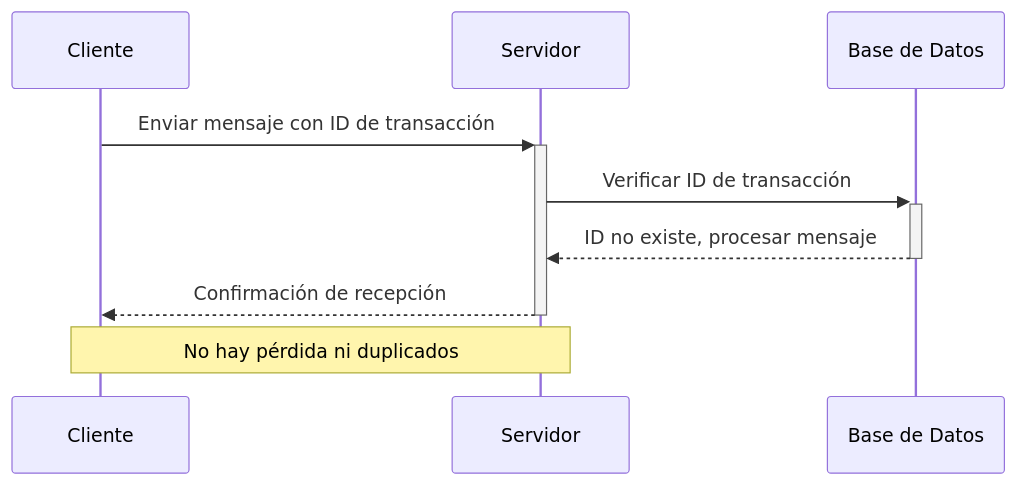
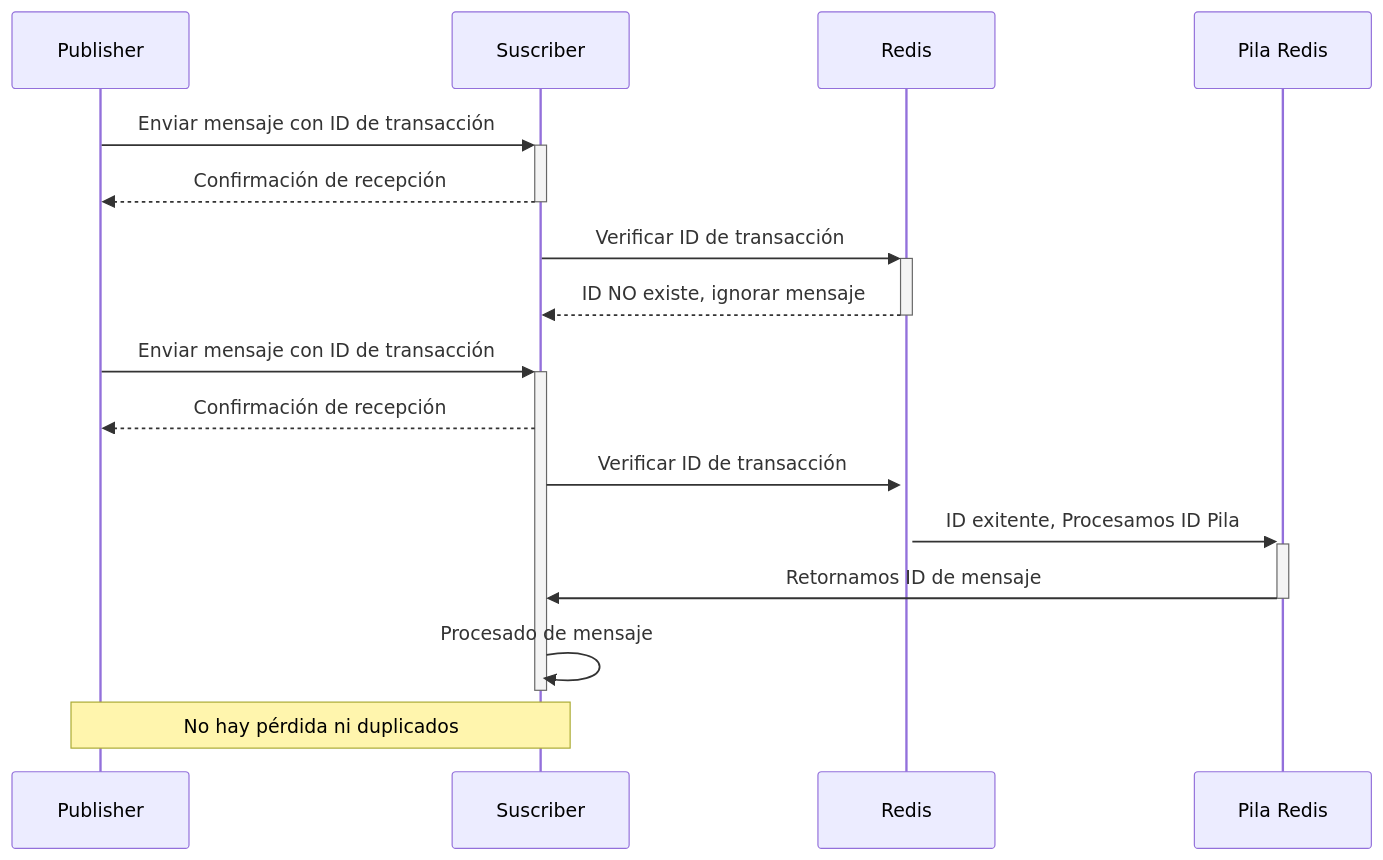
The diagram in Stack-Exchange-Redis/03-exactly-once-semantic/README.md (jmcasal/exemplo-documenum), drawn with Mermaid before and after one commit. The commit also changed other lines of this file and 29 other files, not shown here.

````diff
--- a/Stack-Exchange-Redis/03-exactly-once-semantic/README.md
+++ b/Stack-Exchange-Redis/03-exactly-once-semantic/README.md
@@ -9,10 +9,18 @@
 ```mermaid
 sequenceDiagram
-    participant Cliente
-    participant Servidor
-    Cliente->>+Servidor: Enviar mensaje con ID de transacción
-    Servidor->>+Base de Datos: Verificar ID de transacción
-    Base de Datos-->>-Servidor: ID no existe, procesar mensaje
-    Servidor-->>-Cliente: Confirmación de recepción
-    Note over Cliente, Servidor: No hay pérdida ni duplicados
+    participant Publisher
+    participant Suscriber
+    Publisher->>+Suscriber: Enviar mensaje con ID de transacción
+    Suscriber-->>-Publisher: Confirmación de recepción
+    Suscriber->>+Redis: Verificar ID de transacción
+    Redis-->>-Suscriber: ID NO existe, ignorar mensaje
+
+    Publisher->>+Suscriber: Enviar mensaje con ID de transacción
+    Suscriber-->>Publisher: Confirmación de recepción
+    Suscriber->>+Redis: Verificar ID de transacción
+    Redis->>+Pila Redis: ID exitente, Procesamos ID Pila
+    Pila Redis->>-Suscriber: Retornamos ID de mensaje
+    Suscriber->>-Suscriber: Procesado de mensaje
+
+    Note over Publisher, Suscriber: No hay pérdida ni duplicados
 ```
````
